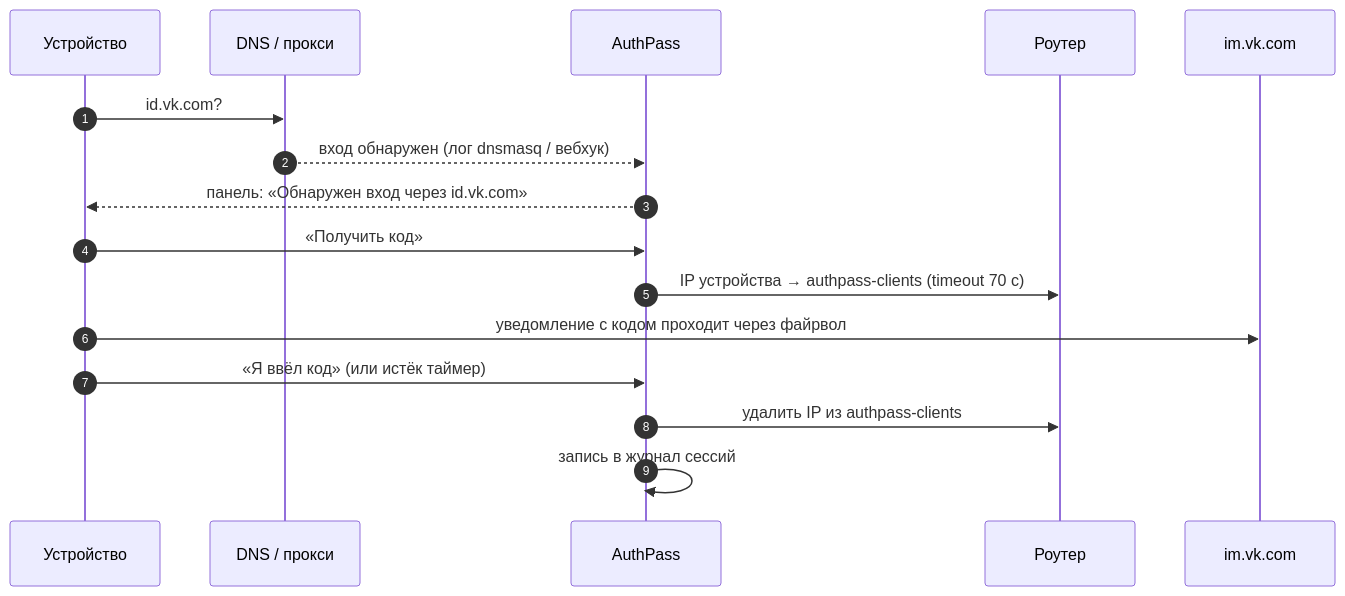
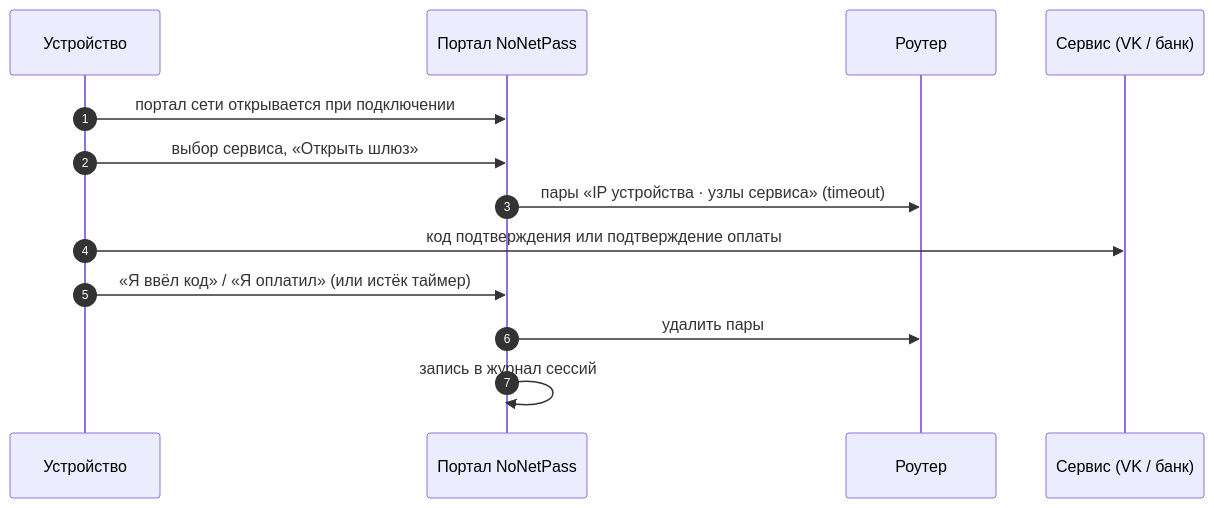
Before and after one commit to moggiler0x/NoNetPass: the diagram in README.md, drawn with Mermaid. The commit also changed other lines of this file and 80 other files, not shown here.

First line of the commit message:
Rename to NoNetPass, add verify and payment gates, new captive portal

````diff
--- a/README.md
+++ b/README.md
@@ -36,18 +43,15 @@
 ```mermaid
 sequenceDiagram
     autonumber
     participant U as Устройство
-    participant D as DNS / прокси
-    participant A as AuthPass
+    participant P as Портал NoNetPass
     participant R as Роутер
-    participant VK as im.vk.com
-    U->>D: id.vk.com?
-    D-->>A: вход обнаружен (лог dnsmasq / вебхук)
-    A-->>U: панель: «Обнаружен вход через id.vk.com»
-    U->>A: «Получить код»
-    A->>R: IP устройства → authpass-clients (timeout 70 с)
-    U->>VK: уведомление с кодом проходит через файрвол
-    U->>A: «Я ввёл код» (или истёк таймер)
-    A->>R: удалить IP из authpass-clients
-    A->>A: запись в журнал сессий
+    participant S as Сервис (VK / банк)
+    U->>P: портал сети открывается при подключении
+    U->>P: выбор сервиса, «Открыть шлюз»
+    P->>R: пары «IP устройства · узлы сервиса» (timeout)
+    U->>S: код подтверждения или подтверждение оплаты
+    U->>P: «Я ввёл код» / «Я оплатил» (или истёк таймер)
+    P->>R: удалить пары
+    P->>P: запись в журнал сессий
 ```
````
